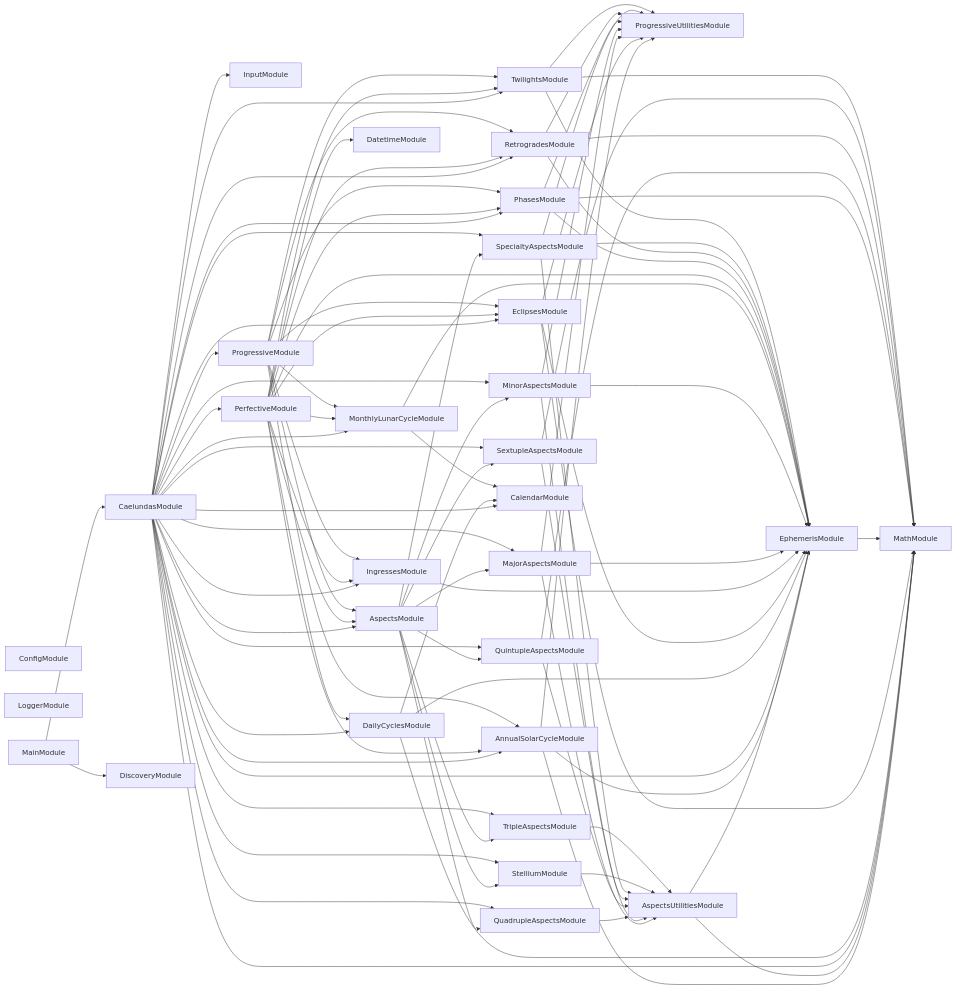
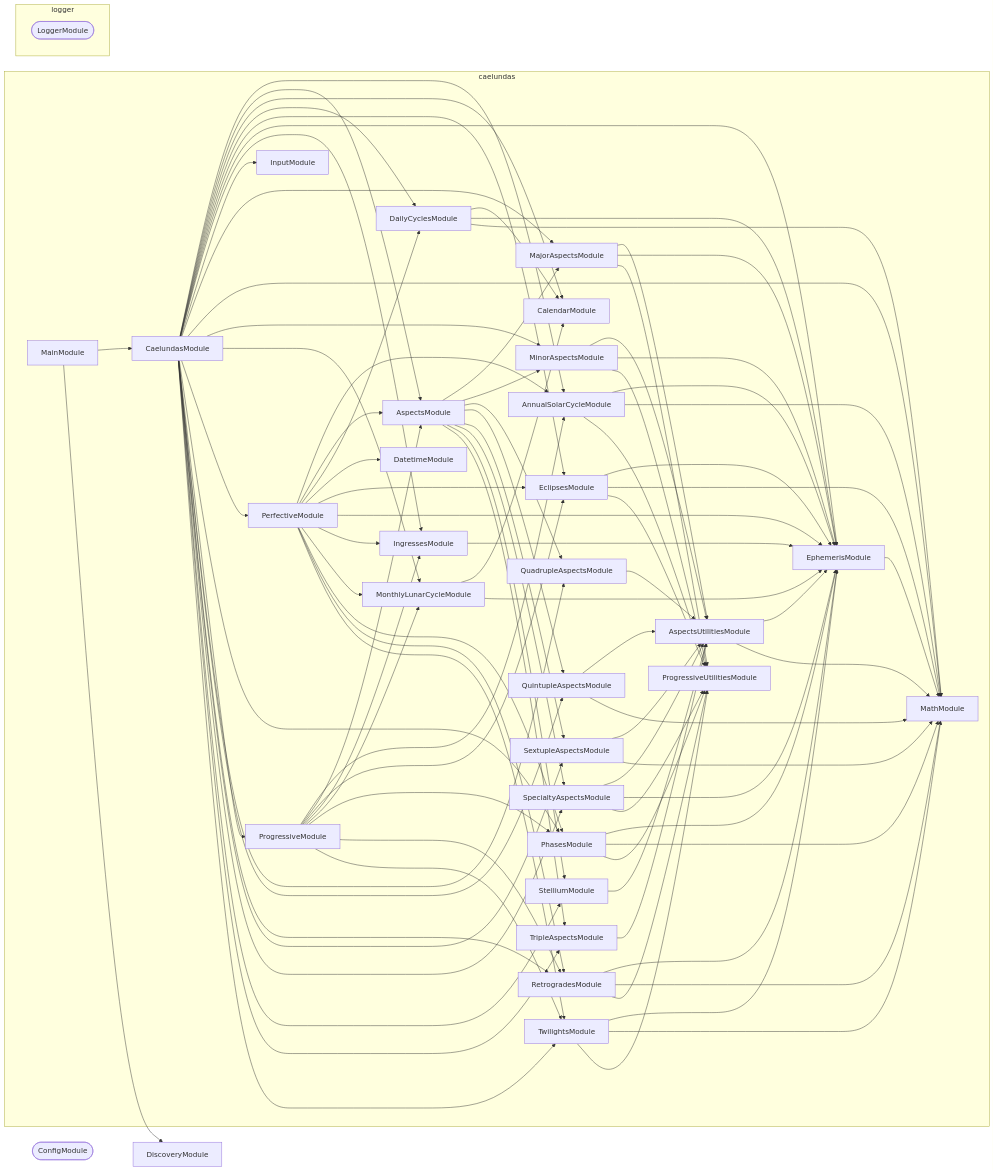
Before and after one commit to JimmyPaolini/codebase: the diagram in applications/caelundas/AGENTS.md, drawn with Mermaid. The commit also changed other lines of this file and 71 other files, not shown here.

Commit message:
feat(synchronization): ✨ group module graphs by package and add nx project graphs

````diff
--- a/applications/caelundas/AGENTS.md
+++ b/applications/caelundas/AGENTS.md
@@ -95,7 +95,40 @@
 ```mermaid
 flowchart LR
-  ConfigModule
-  LoggerModule
+  subgraph group0["caelundas"]
+    AnnualSolarCycleModule
+    AspectsModule
+    AspectsUtilitiesModule
+    CaelundasModule
+    CalendarModule
+    DailyCyclesModule
+    DatetimeModule
+    EclipsesModule
+    EphemerisModule
+    IngressesModule
+    InputModule
+    MainModule
+    MajorAspectsModule
+    MathModule
+    MinorAspectsModule
+    MonthlyLunarCycleModule
+    PerfectiveModule
+    PhasesModule
+    ProgressiveModule
+    ProgressiveUtilitiesModule
+    QuadrupleAspectsModule
+    QuintupleAspectsModule
+    RetrogradesModule
+    SextupleAspectsModule
+    SpecialtyAspectsModule
+    StelliumModule
+    TripleAspectsModule
+    TwilightsModule
+  end
+  subgraph group1["logger"]
+    LoggerModule([LoggerModule])
+  end
+  ConfigModule([ConfigModule])
+  DiscoveryModule
   AnnualSolarCycleModule --> EphemerisModule
   AnnualSolarCycleModule --> MathModule
   AnnualSolarCycleModule --> ProgressiveUtilitiesModule
````
